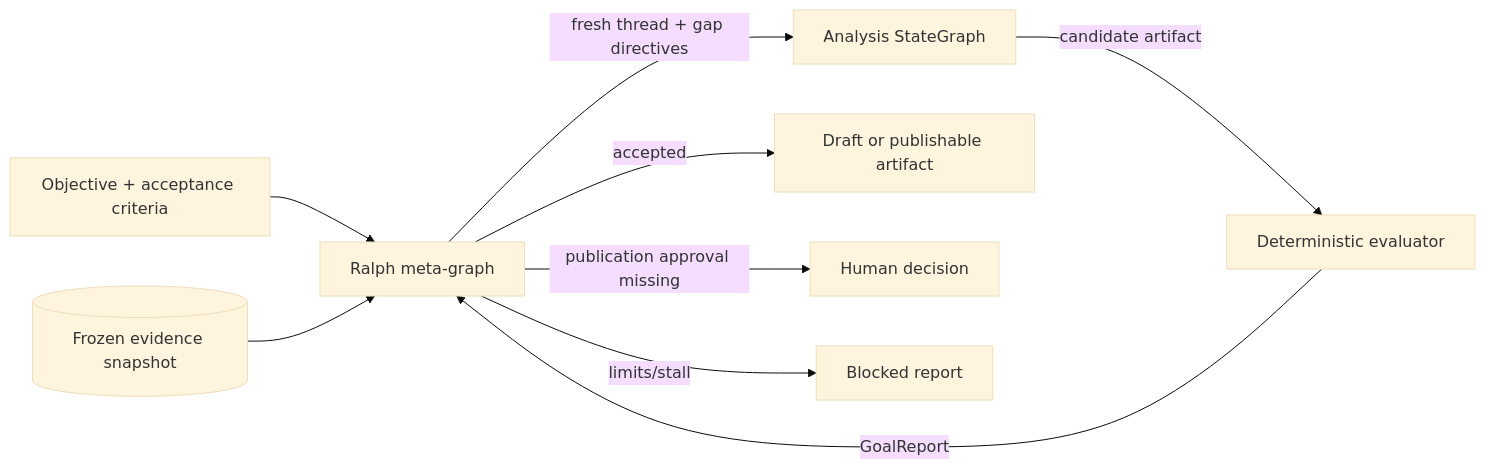
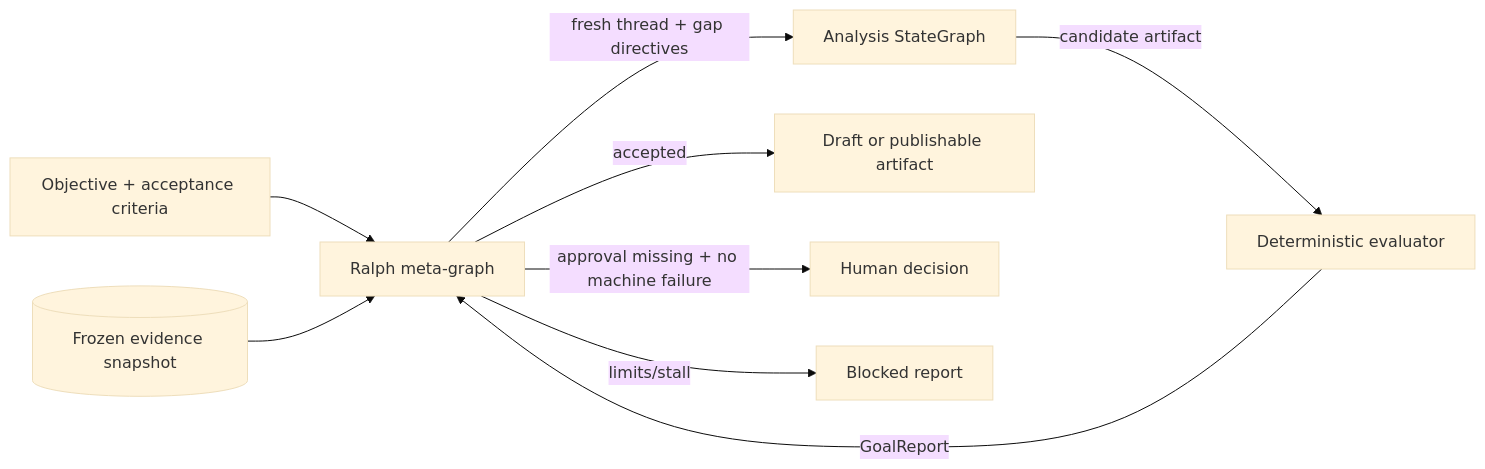
One commit to sw30labs/PorterForcesAI changed the first of 2 diagrams in docs/technical/adr/001-ralph-meta-orchestrator.md. Above: the diagram before and after it, drawn with Mermaid (base theme). The commit also changed other lines of this file and 4 other files, not shown here.

````diff
--- a/docs/technical/adr/001-ralph-meta-orchestrator.md
+++ b/docs/technical/adr/001-ralph-meta-orchestrator.md
@@ -28,11 +28,11 @@
 ```mermaid
 flowchart LR
     O[Objective + acceptance criteria] --> R[Ralph meta-graph]
     S[(Frozen evidence snapshot)] --> R
     R -->|fresh thread + gap directives| A[Analysis StateGraph]
     A -->|candidate artifact| V[Deterministic evaluator]
     V -->|GoalReport| R
     R -->|accepted| D[Draft or publishable artifact]
-    R -->|publication approval missing| H[Human decision]
+    R -->|approval missing + no machine failure| H[Human decision]
     R -->|limits/stall| B[Blocked report]
 ```
````
